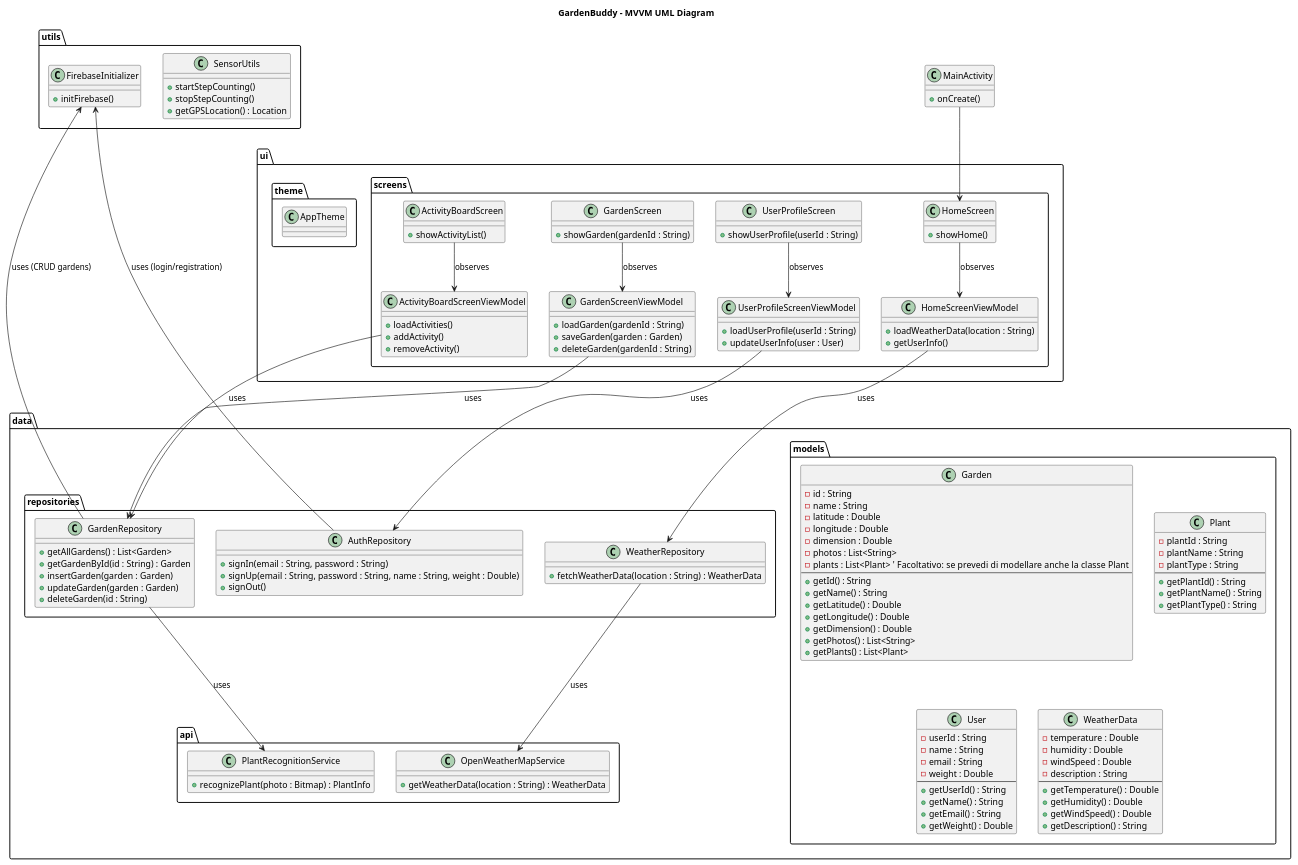
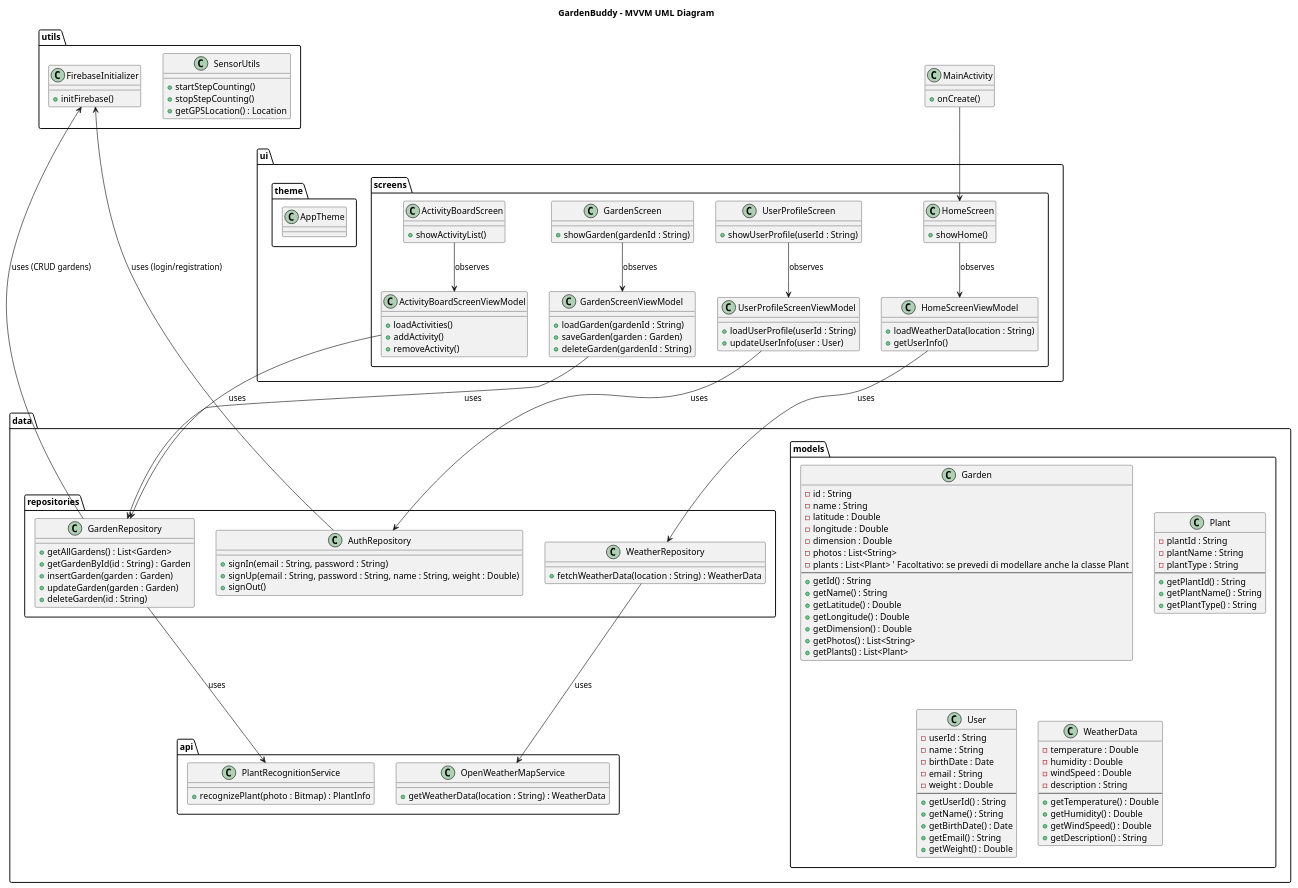
Before and after one commit to giuliocapo/GardenBuddy: the diagram in app/src/main/java/com/example/gardenbuddy/ump.puml, drawn with PlantUML.

Commit message:
added birthday in uml class diagram.

```diff
--- a/app/src/main/java/com/example/gardenbuddy/ump.puml
+++ b/app/src/main/java/com/example/gardenbuddy/ump.puml
@@ -1,188 +1,191 @@
 @startuml
 skinparam style strict
 
 title GardenBuddy - MVVM UML Diagram
 
 ' Organizzazione in package principali
 package "data" {
 
   package "api" {
     class OpenWeatherMapService {
       + getWeatherData(location : String) : WeatherData
     }
 
     class PlantRecognitionService {
       + recognizePlant(photo : Bitmap) : PlantInfo
     }
   }
 
   package "models" {
     class Garden {
       - id : String
       - name : String
       - latitude : Double
       - longitude : Double
       - dimension : Double
       - photos : List<String>
       - plants : List<Plant>  ' Facoltativo: se prevedi di modellare anche la classe Plant
       --
       + getId() : String
       + getName() : String
       + getLatitude() : Double
       + getLongitude() : Double
       + getDimension() : Double
       + getPhotos() : List<String>
       + getPlants() : List<Plant>
     }
 
     ' Classe opzionale, se vuoi mantenere la definizione di piante separate
     class Plant {
       - plantId : String
       - plantName : String
       - plantType : String
       --
       + getPlantId() : String
       + getPlantName() : String
       + getPlantType() : String
     }
 
     class User {
       - userId : String
       - name : String
+      - birthDate : Date
       - email : String
       - weight : Double
       --
       + getUserId() : String
       + getName() : String
+      + getBirthDate() : Date
       + getEmail() : String
       + getWeight() : Double
     }
+
 
     class WeatherData {
       - temperature : Double
       - humidity : Double
       - windSpeed : Double
       - description : String
       --
       + getTemperature() : Double
       + getHumidity() : Double
       + getWindSpeed() : Double
       + getDescription() : String
     }
   }
 
   package "repositories" {
     class GardenRepository {
       + getAllGardens() : List<Garden>
       + getGardenById(id : String) : Garden
       + insertGarden(garden : Garden)
       + updateGarden(garden : Garden)
       + deleteGarden(id : String)
     }
 
     class WeatherRepository {
       + fetchWeatherData(location : String) : WeatherData
     }
 
     class AuthRepository {
       + signIn(email : String, password : String)
       + signUp(email : String, password : String, name : String, weight : Double)
       + signOut()
     }
   }
 }
 
 package "ui" {
   package "screens" {
     class ActivityBoardScreen {
       + showActivityList()
     }
     class ActivityBoardScreenViewModel {
       + loadActivities()
       + addActivity()
       + removeActivity()
     }
 
     class GardenScreen {
       + showGarden(gardenId : String)
     }
     class GardenScreenViewModel {
       + loadGarden(gardenId : String)
       + saveGarden(garden : Garden)
       + deleteGarden(gardenId : String)
     }
 
     class HomeScreen {
       + showHome()
     }
     class HomeScreenViewModel {
       + loadWeatherData(location : String)
       + getUserInfo()
     }
 
     class UserProfileScreen {
       + showUserProfile(userId : String)
     }
     class UserProfileScreenViewModel {
       + loadUserProfile(userId : String)
       + updateUserInfo(user : User)
     }
   }
 
   package "theme" {
     ' Eventuali classi o file relativi al tema grafico, color palette, typography, etc.
     class AppTheme {
     }
   }
 }
 
 package "utils" {
   class FirebaseInitializer {
     + initFirebase()
   }
 
   class SensorUtils {
     + startStepCounting()
     + stopStepCounting()
     + getGPSLocation() : Location
   }
 }
 
 ' MainActivity al di fuori dei package data, ui, utils
 class MainActivity {
   + onCreate()
 }
 
 ' =============================================================================
 ' RELAZIONI
 ' =============================================================================
 
 ' ------------------ Esempio di relazioni tra ViewModel e Repository ------------------
 ActivityBoardScreenViewModel --> GardenRepository : uses
 GardenScreenViewModel --> GardenRepository : uses
 HomeScreenViewModel --> WeatherRepository : uses
 UserProfileScreenViewModel --> AuthRepository : uses
 
 ' ------------------ Esempio di relazioni tra Repository e Service --------------------
 GardenRepository --> FirebaseInitializer : uses (CRUD gardens)
 AuthRepository --> FirebaseInitializer : uses (login/registration)
 WeatherRepository --> OpenWeatherMapService : uses
 
 ' (Facoltativo) se vuoi mostrare l'uso del riconoscimento piante
 GardenRepository --> PlantRecognitionService : uses
 
 ' ------------------ Esempio di relazioni con SensorUtils (GPS/Accelerometro) ---------
 SensorUtils -[hidden]--> HomeScreenViewModel
 SensorUtils -[hidden]--> ActivityBoardScreenViewModel
 ' Se un ViewModel o Repository utilizza direttamente i sensori, puoi rendere visibile la relazione
 
 ' ------------------ Esempio di relazioni tra View (Screen) e ViewModel ---------------
 ActivityBoardScreen --> ActivityBoardScreenViewModel : observes
 GardenScreen --> GardenScreenViewModel : observes
 HomeScreen --> HomeScreenViewModel : observes
 UserProfileScreen --> UserProfileScreenViewModel : observes
 
 ' MainActivity come entry point generale (navigator verso le varie screen)
 MainActivity --> HomeScreen
 
 @enduml
```
